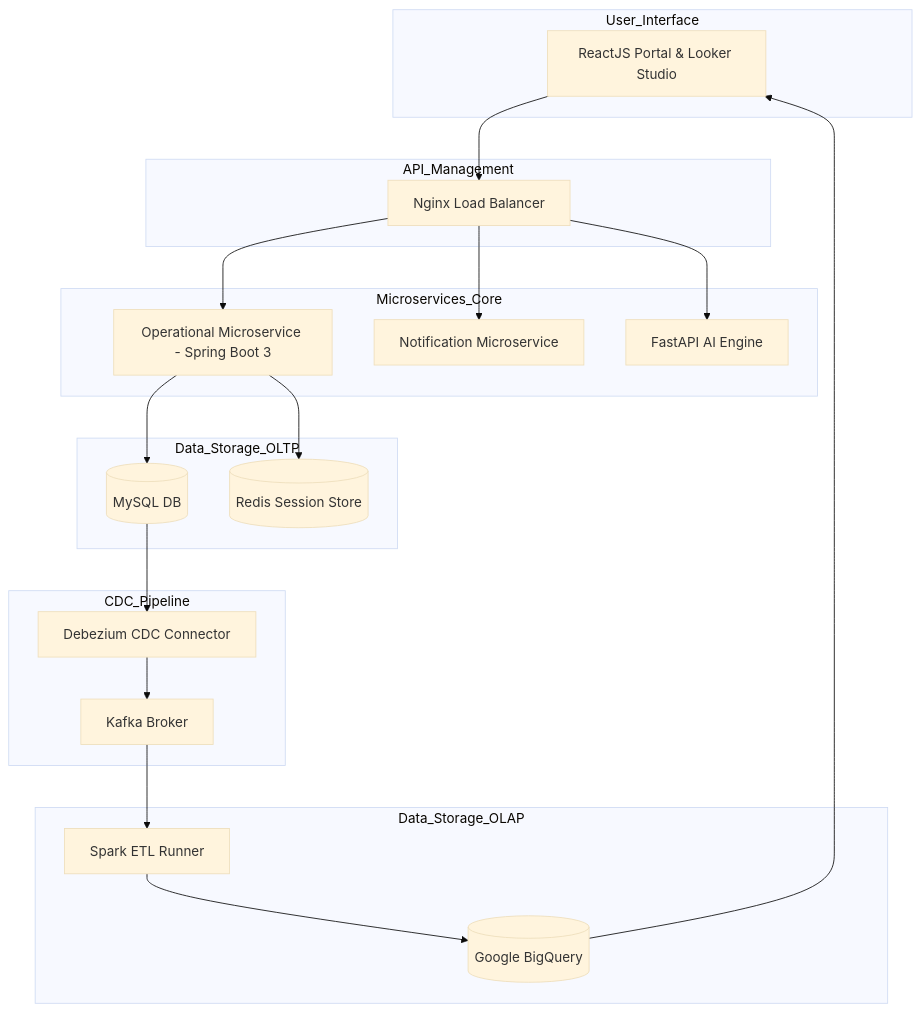
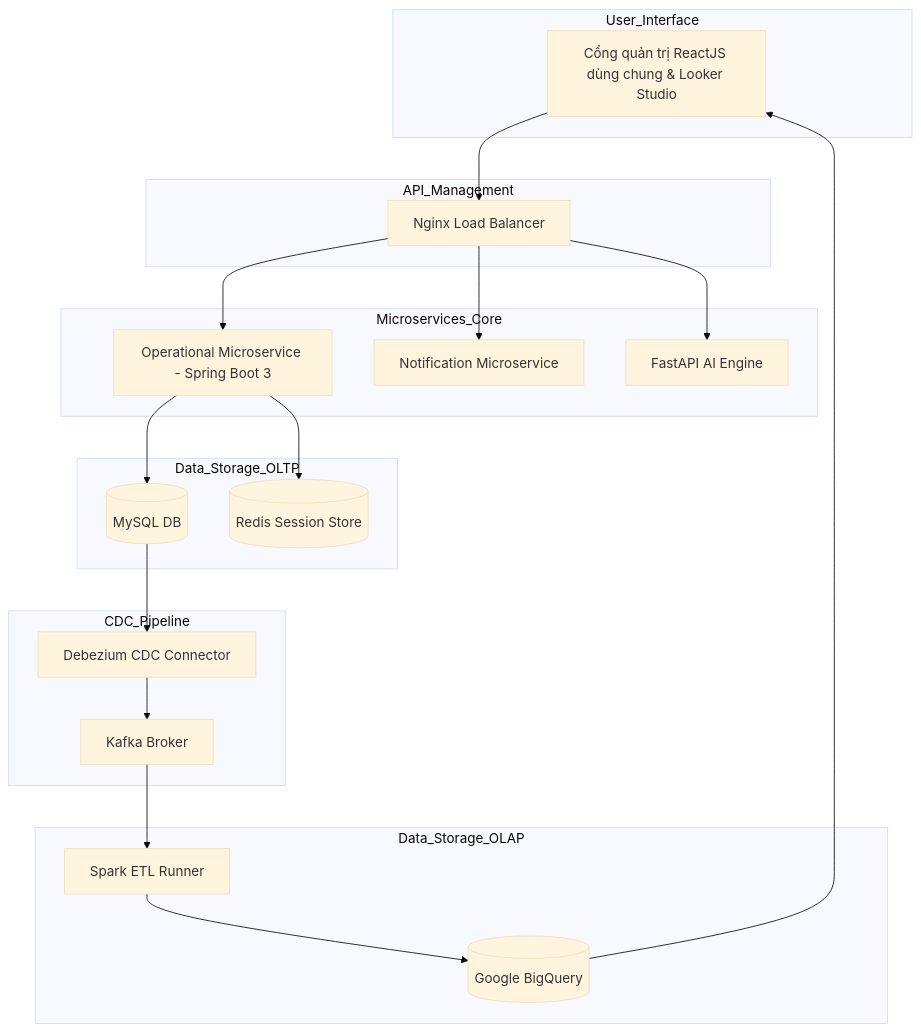
Before and after one commit to minh2307/Smart-Park: the fourth of 16 diagrams in Requirements_Design/System_Design_SRS.md, drawn with Mermaid (base theme). The commit also changed other lines of this file and 144 other files, not shown here.

````diff
--- a/Requirements_Design/System_Design_SRS.md
+++ b/Requirements_Design/System_Design_SRS.md
@@ -156,40 +198,40 @@
 ```mermaid
 graph TD
     subgraph User_Interface
-        UI[ReactJS Portal & Looker Studio]
+        UI[Cổng quản trị ReactJS dùng chung & Looker Studio]
     end
 
     subgraph API_Management
         Proxy[Nginx Load Balancer]
     end
 
     subgraph Microservices_Core
         CoreSvc[Operational Microservice - Spring Boot 3]
         NotifSvc[Notification Microservice]
         AISvc[FastAPI AI Engine]
     end
 
     subgraph Data_Storage_OLTP
         MySQL[(MySQL DB)]
         Redis[(Redis Session Store)]
     end
 
     subgraph CDC_Pipeline
         Debezium[Debezium CDC Connector]
         Kafka[Kafka Broker]
     end
 
     subgraph Data_Storage_OLAP
         ETL[Spark ETL Runner]
         BigQuery[(Google BigQuery)]
     end
 
     UI --> Proxy
     Proxy --> CoreSvc & NotifSvc & AISvc
     CoreSvc --> MySQL & Redis
     MySQL --> Debezium
     Debezium --> Kafka
     Kafka --> ETL
     ETL --> BigQuery
     BigQuery --> UI
 ```
````
